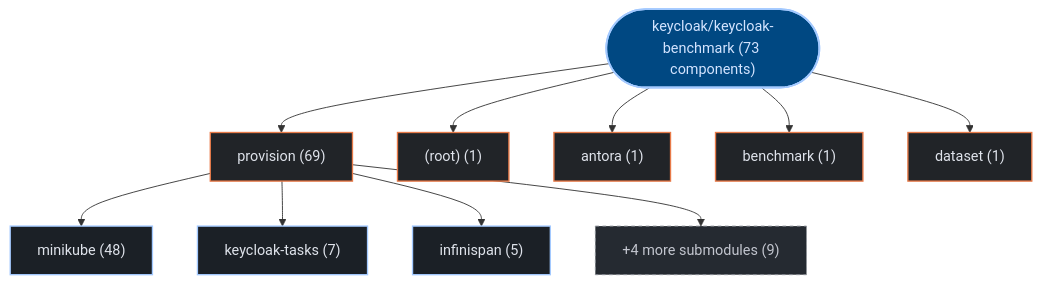
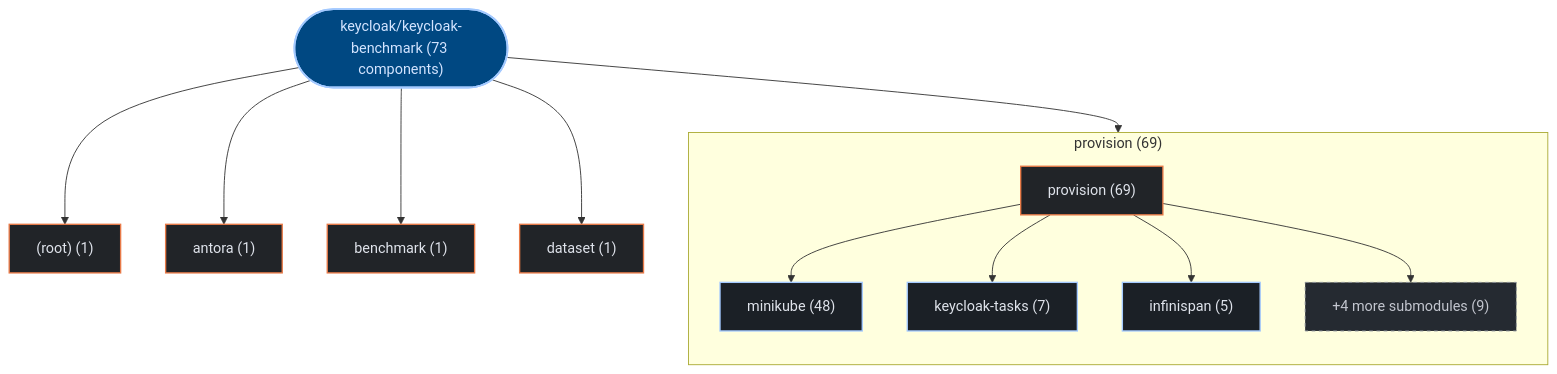
One commit to kumarshaz/atruss-code-atlas changed the first of 3 diagrams in exports/latest/reports/keycloak-keycloak-benchmark-report.md. Above: the diagram before and after it, drawn with Mermaid. The commit also changed 178 other files, not shown here.

Commit message:
feat(ui,mermaid): upgrade to mermaid v12 + ELK layout, add orgs-summary + pagination, subgraph building blocks, fix tab alignment

````diff
--- a/exports/latest/reports/keycloak-keycloak-benchmark-report.md
+++ b/exports/latest/reports/keycloak-keycloak-benchmark-report.md
@@ -42,29 +42,32 @@
 ```mermaid
 graph TD;
   classDef atlasRoot fill:#004882,stroke:#a3c9ff,stroke-width:2px,color:#d3e4ff
   classDef atlasCategory fill:#212428,stroke:#E87A48,stroke-width:1.5px,color:#dfe3eb
   classDef atlasWorkflow fill:#1b2026,stroke:#a3c9ff,stroke-width:1.5px,color:#dfe3eb
   classDef atlasJob fill:#171c22,stroke:#8d9199,stroke-width:1px,color:#dfe3eb
   classDef atlasTarget fill:#005227,stroke:#8bd99b,stroke-width:1.5px,color:#a7f6b6
   classDef atlasAlert fill:#93000a,stroke:#ffb4ab,stroke-width:1.5px,color:#ffdad6
   classDef atlasMore fill:#252a31,stroke:#8d9199,stroke-dasharray:4 4,color:#c3c6cf
     repo_root(["keycloak/keycloak-benchmark (73 components)"]):::atlasRoot
-    dir_0_provision["provision (69)"]:::atlasCategory
+    subgraph sg_dir_0_provision["provision (69)"]
+      direction TB
+      dir_0_provision["provision (69)"]:::atlasCategory
+      sub_0_0_minikube["minikube (48)"]:::atlasWorkflow
+      dir_0_provision --> sub_0_0_minikube
+      sub_0_1_keycloak_tasks["keycloak-tasks (7)"]:::atlasWorkflow
+      dir_0_provision --> sub_0_1_keycloak_tasks
+      sub_0_2_infinispan["infinispan (5)"]:::atlasWorkflow
+      dir_0_provision --> sub_0_2_infinispan
+      sub_0_more["+4 more submodules (9)"]:::atlasMore
+      dir_0_provision --> sub_0_more
+    end
     repo_root --> dir_0_provision
-    sub_0_0_minikube["minikube (48)"]:::atlasWorkflow
-    dir_0_provision --> sub_0_0_minikube
-    sub_0_1_keycloak_tasks["keycloak-tasks (7)"]:::atlasWorkflow
-    dir_0_provision --> sub_0_1_keycloak_tasks
-    sub_0_2_infinispan["infinispan (5)"]:::atlasWorkflow
-    dir_0_provision --> sub_0_2_infinispan
-    sub_0_more["+4 more submodules (9)"]:::atlasMore
-    dir_0_provision --> sub_0_more
     dir_1__root_["(root) (1)"]:::atlasCategory
     repo_root --> dir_1__root_
     dir_2_antora["antora (1)"]:::atlasCategory
     repo_root --> dir_2_antora
     dir_3_benchmark["benchmark (1)"]:::atlasCategory
     repo_root --> dir_3_benchmark
     dir_4_dataset["dataset (1)"]:::atlasCategory
     repo_root --> dir_4_dataset
 ```
````
